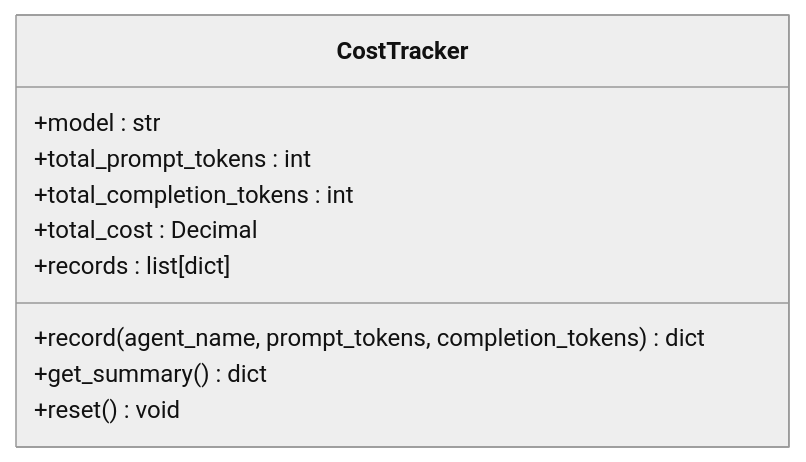
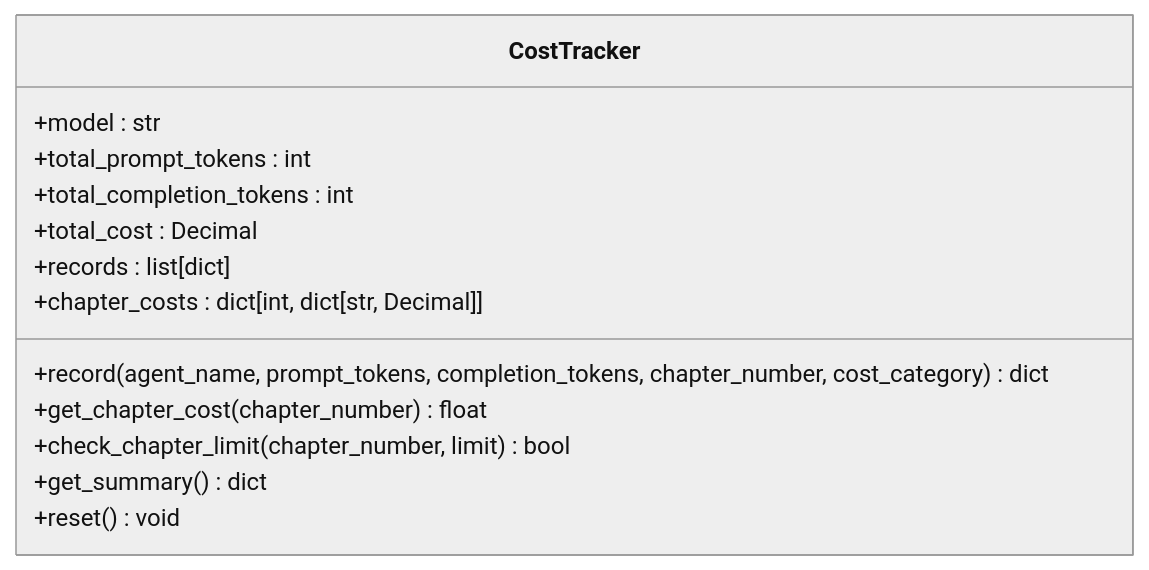
The fifth of 9 diagrams in .qoder/repowiki/zh/content/LLM集成架构/LLM集成架构.md (xfbyxq/ai-novel-system), drawn with Mermaid (neutral theme) before and after one commit. The commit also changed other lines of this file and 3 other files, not shown here.

````diff
--- a/.qoder/repowiki/zh/content/LLM集成架构/LLM集成架构.md
+++ b/.qoder/repowiki/zh/content/LLM集成架构/LLM集成架构.md
@@ -231,13 +273,16 @@
 ```mermaid
 classDiagram
 class CostTracker {
 +model : str
 +total_prompt_tokens : int
 +total_completion_tokens : int
 +total_cost : Decimal
 +records : list[dict]
-+record(agent_name, prompt_tokens, completion_tokens) dict
++chapter_costs : dict[int, dict[str, Decimal]]
++record(agent_name, prompt_tokens, completion_tokens, chapter_number, cost_category) dict
++get_chapter_cost(chapter_number) float
++check_chapter_limit(chapter_number, limit) bool
 +get_summary() dict
 +reset() void
 }
 ```
````
